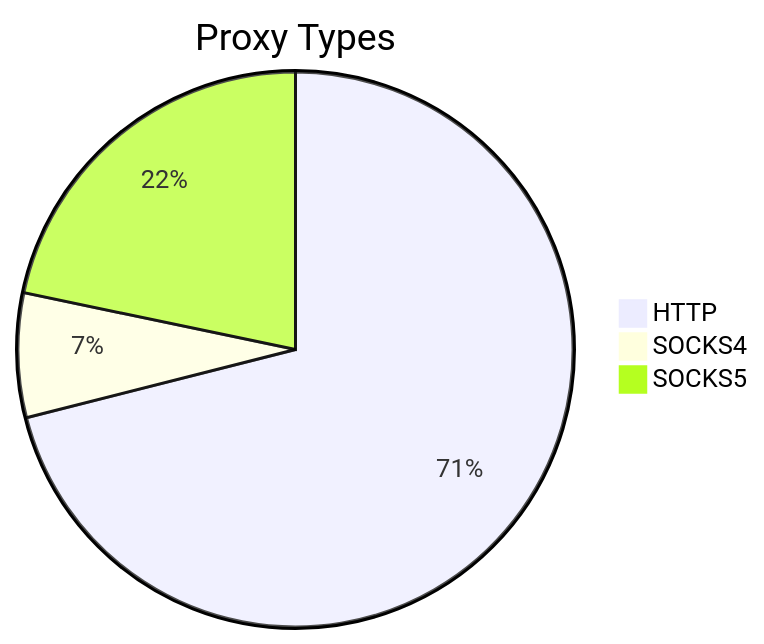
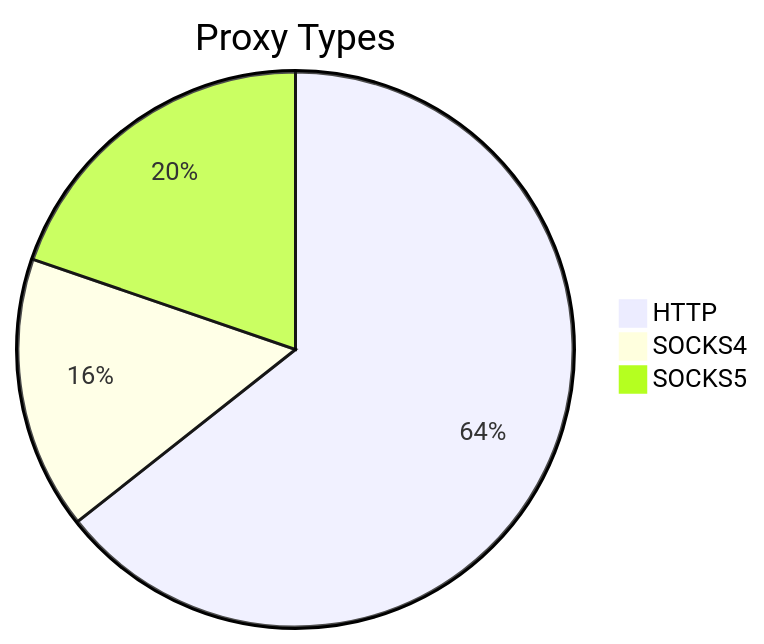
The first of 2 diagrams in README.md (stormsia/proxy-list), drawn with Mermaid before and after one commit. The commit also changed other lines of this file, not shown here.

````diff
--- a/README.md
+++ b/README.md
@@ -21,6 +21,6 @@
 ```mermaid
 pie title Proxy Types
-    "HTTP" : 373
-    "SOCKS4" : 38
-    "SOCKS5" : 114
+    "HTTP" : 437
+    "SOCKS4" : 108
+    "SOCKS5" : 134
 ```
````
